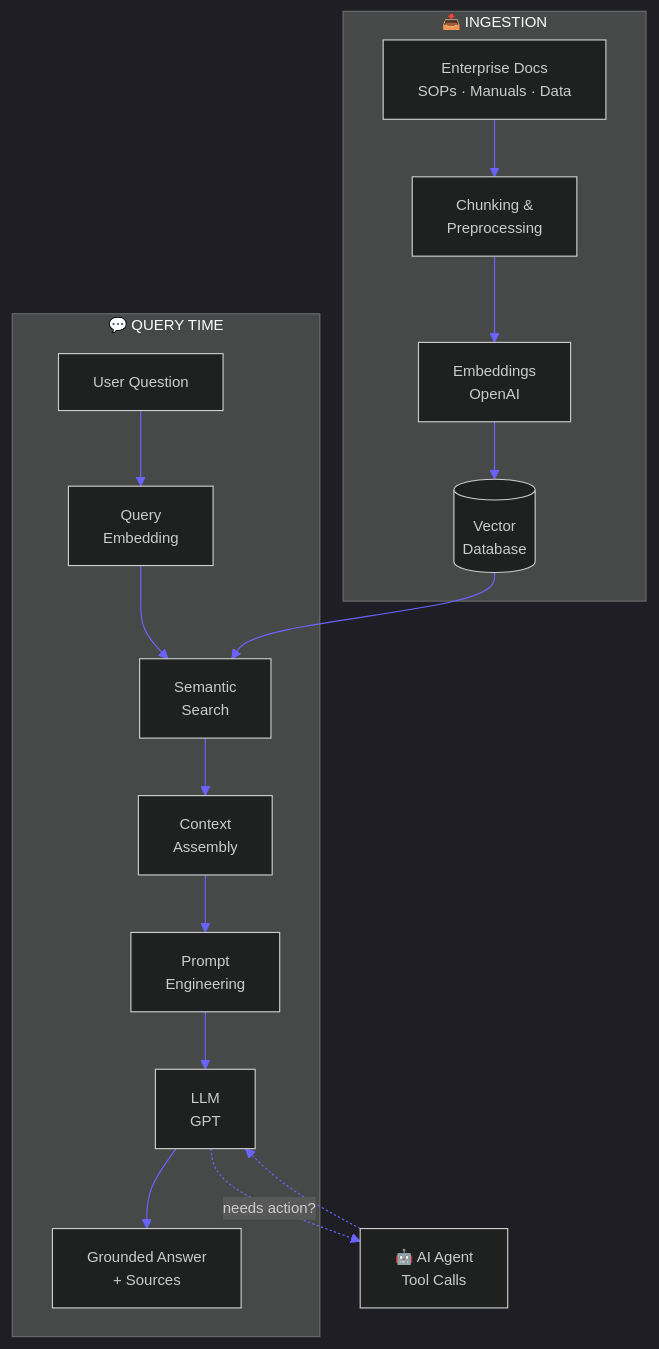
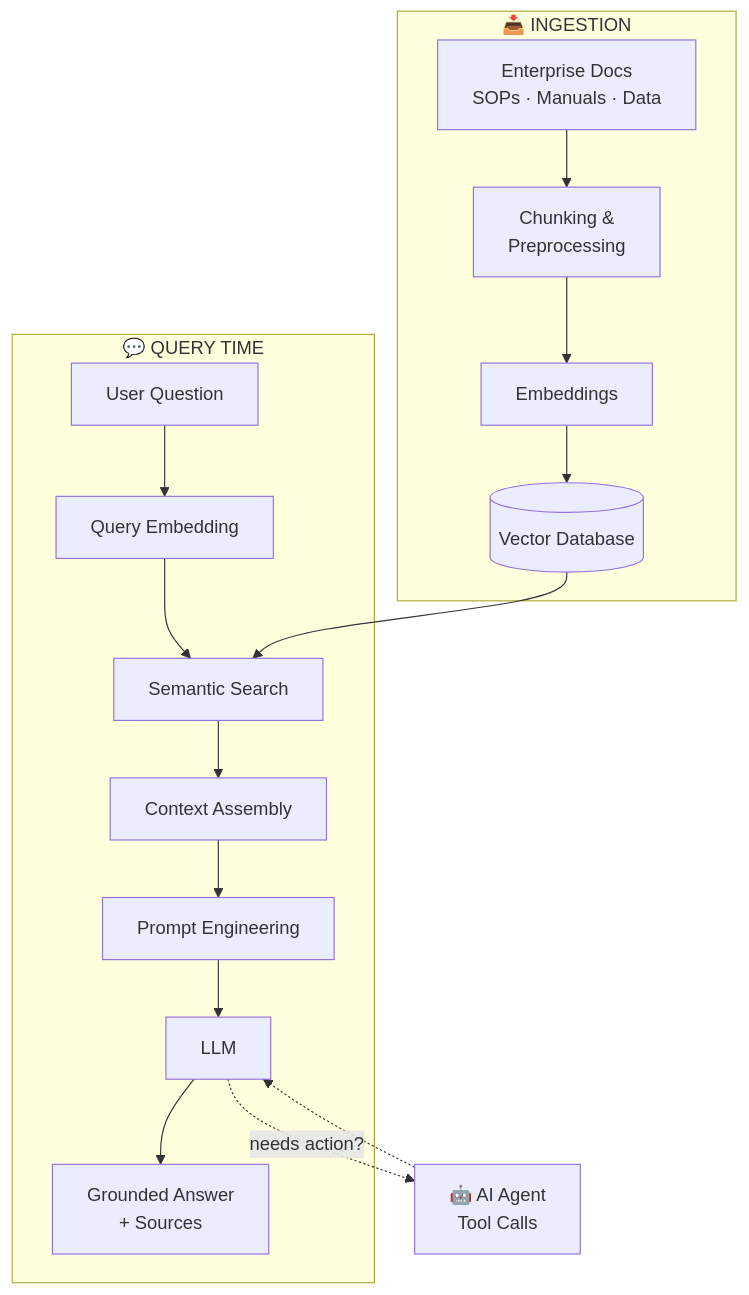
One commit to KAJA-MOIDEEN/KAJA-MOIDEEN changed the second of 3 diagrams in README.md. Above: the diagram before and after it, drawn with Mermaid. The commit also changed other lines of this file, not shown here.

````diff
--- a/README.md
+++ b/README.md
@@ -404,23 +257,20 @@
 ```mermaid
-%%{init: {'theme':'dark','themeVariables':{
-  'primaryColor':'#0d1130','primaryTextColor':'#e8ecff','primaryBorderColor':'#00F5FF',
-  'lineColor':'#6C63FF','secondaryColor':'#1a1040','tertiaryColor':'#050816',
-  'fontFamily':'JetBrains Mono, monospace','fontSize':'13px'}}}%%
 flowchart TB
     subgraph INGEST["📥 INGESTION"]
         A["Enterprise Docs<br/>SOPs · Manuals · Data"] --> B["Chunking &<br/>Preprocessing"]
-        B --> C["Embeddings<br/>OpenAI"]
-        C --> D[("Vector<br/>Database")]
+        B --> C["Embeddings"]
+        C --> D[("Vector Database")]
     end
     subgraph QUERY["💬 QUERY TIME"]
-        E["User Question"] --> F["Query<br/>Embedding"]
-        F --> G["Semantic<br/>Search"]
-        D --> G
-        G --> H["Context<br/>Assembly"]
-        H --> I["Prompt<br/>Engineering"]
-        I --> J["LLM<br/>GPT"]
+        E["User Question"] --> F["Query Embedding"]
+        F --> G["Semantic Search"]
+        G --> H["Context Assembly"]
+        H --> I["Prompt Engineering"]
+        I --> J["LLM"]
         J --> K["Grounded Answer<br/>+ Sources"]
     end
-    J -.->|"needs action?"| L["🤖 AI Agent<br/>Tool Calls"]
+
+    D --> G
+    J -.->|needs action?| L["🤖 AI Agent<br/>Tool Calls"]
     L -.-> J
 ```
````
